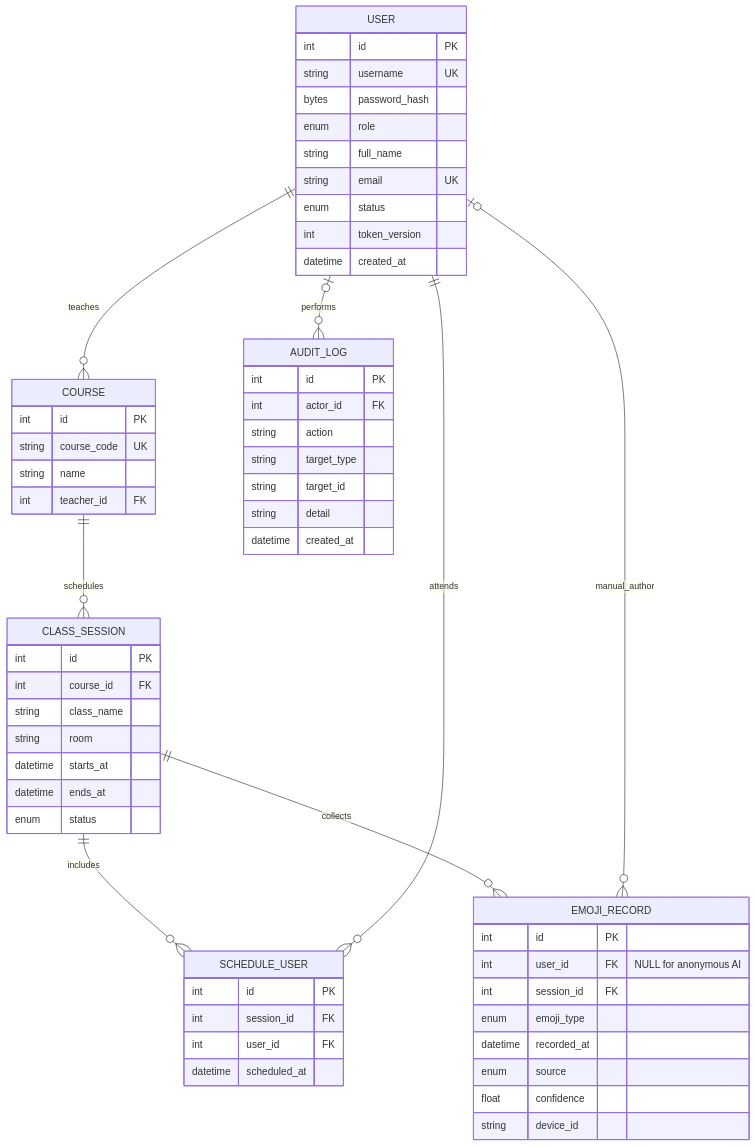
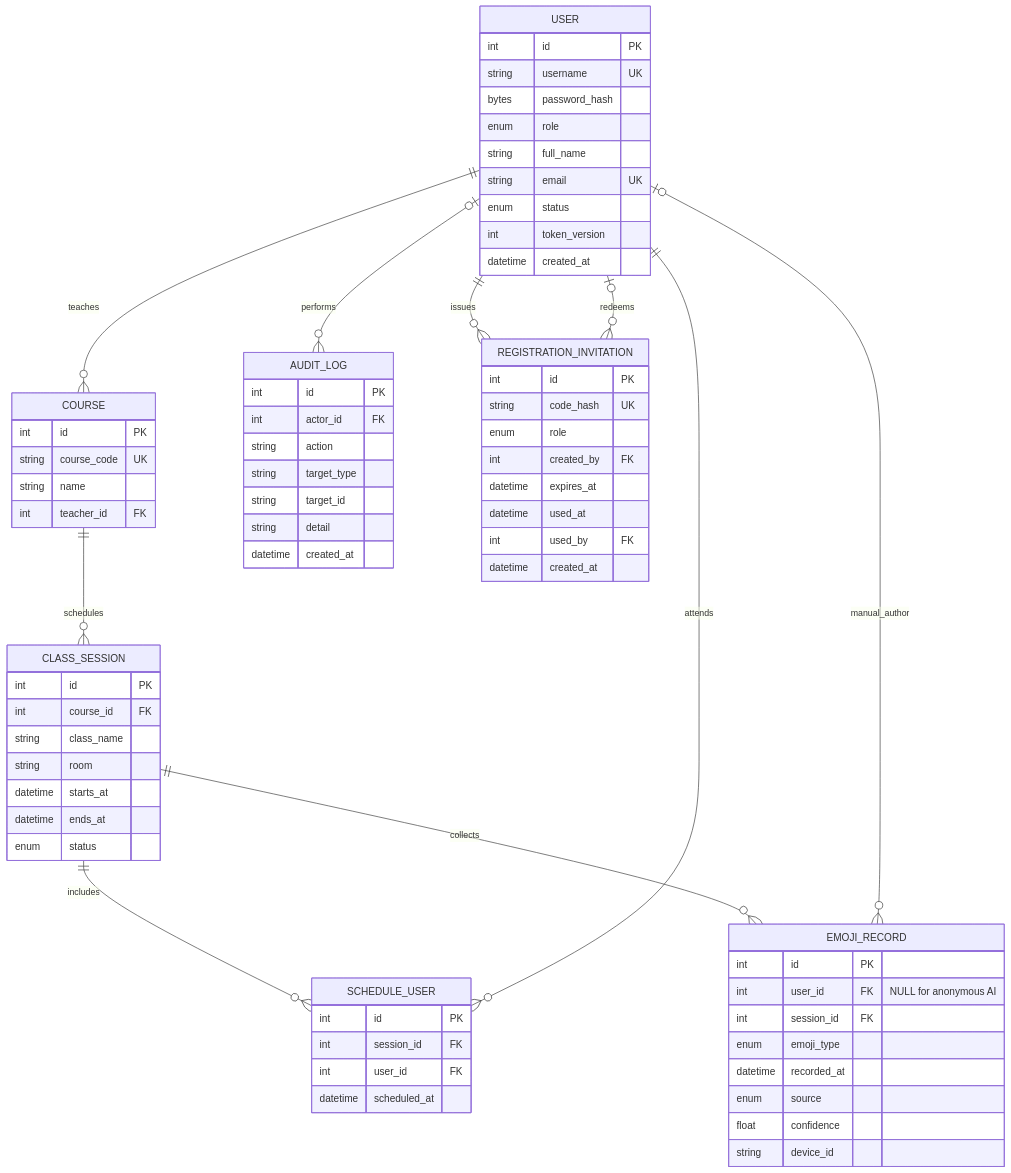
One commit to sds7788/Emoji_Classroom_Emotion_Checker changed the second of 2 diagrams in docs/design.md. Above: the diagram before and after it, drawn with Mermaid. The commit also changed other lines of this file and 17 other files, not shown here.

Commit message:
Add controlled role registration and administrator analytics

````diff
--- a/docs/design.md
+++ b/docs/design.md
@@ -29,62 +29,74 @@
 ```mermaid
 erDiagram
   USER ||--o{ COURSE : teaches
   COURSE ||--o{ CLASS_SESSION : schedules
   CLASS_SESSION ||--o{ SCHEDULE_USER : includes
   USER ||--o{ SCHEDULE_USER : attends
   CLASS_SESSION ||--o{ EMOJI_RECORD : collects
   USER o|--o{ EMOJI_RECORD : manual_author
   USER o|--o{ AUDIT_LOG : performs
+  USER ||--o{ REGISTRATION_INVITATION : issues
+  USER o|--o{ REGISTRATION_INVITATION : redeems
 
   USER {
     int id PK
     string username UK
     bytes password_hash
     enum role
     string full_name
     string email UK
     enum status
     int token_version
     datetime created_at
   }
   COURSE {
     int id PK
     string course_code UK
     string name
     int teacher_id FK
   }
   CLASS_SESSION {
     int id PK
     int course_id FK
     string class_name
     string room
     datetime starts_at
     datetime ends_at
     enum status
   }
   SCHEDULE_USER {
     int id PK
     int session_id FK
     int user_id FK
     datetime scheduled_at
   }
   EMOJI_RECORD {
     int id PK
     int user_id FK "NULL for anonymous AI"
     int session_id FK
     enum emoji_type
     datetime recorded_at
     enum source
     float confidence
     string device_id
   }
   AUDIT_LOG {
     int id PK
     int actor_id FK
     string action
     string target_type
     string target_id
     string detail
     datetime created_at
   }
+  REGISTRATION_INVITATION {
+    int id PK
+    string code_hash UK
+    enum role
+    int created_by FK
+    datetime expires_at
+    datetime used_at
+    int used_by FK
+    datetime created_at
+  }
 ```
````
